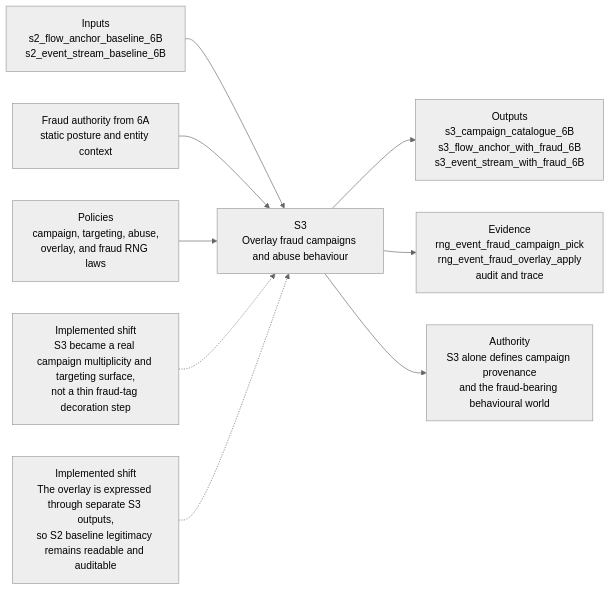
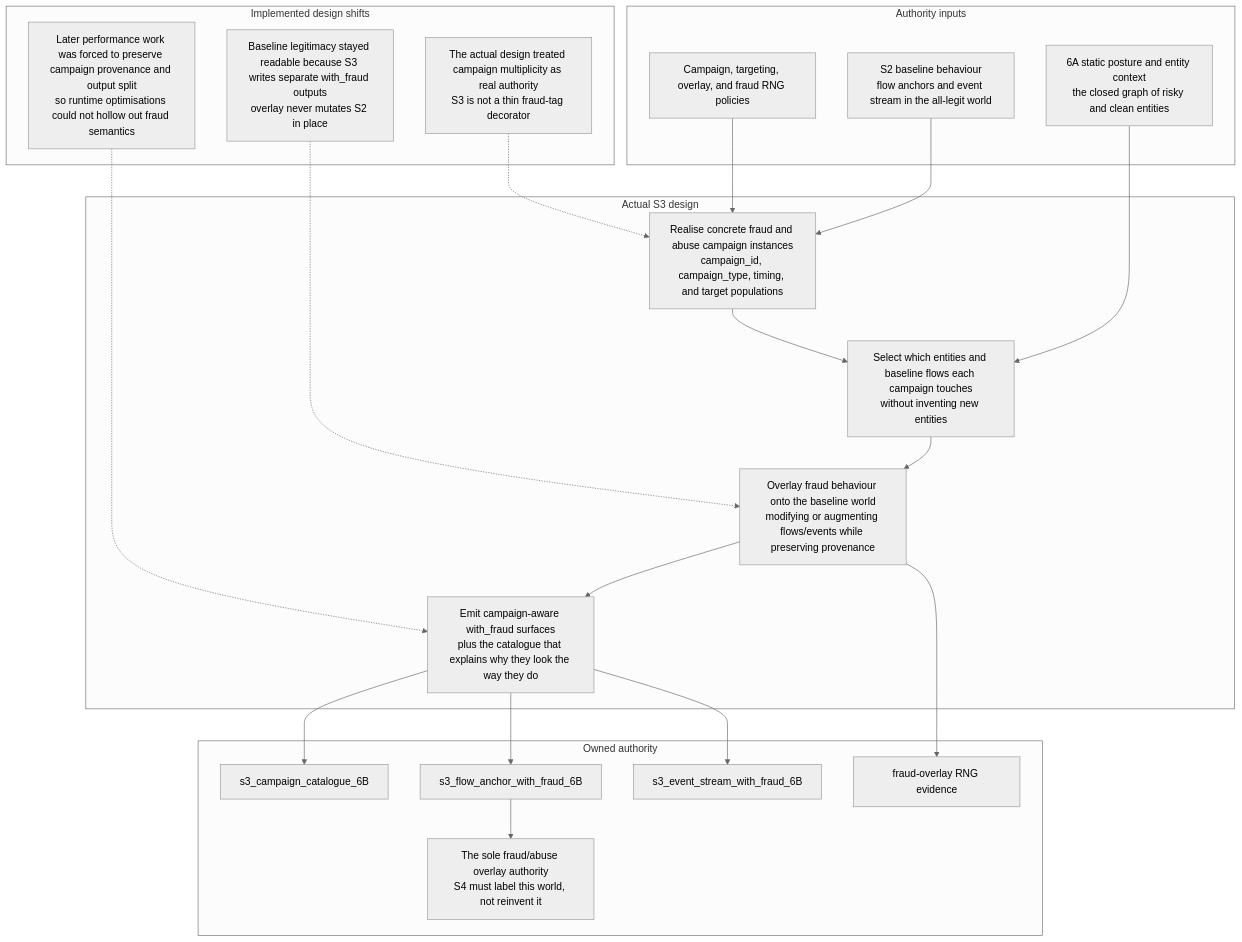
The diagram in docs/design/data-engine/layer-3/6B/6B-S3-design-flow.mmd (EsosaOrumwese/fraud-detection-system), drawn with Mermaid (neutral theme) before and after one commit. The commit also changed 23 other files, not shown here.

First line of the commit message:
Refactor design flows for layers 6A and 6B to enhance clarity and structure

```diff
--- a/docs/design/data-engine/layer-3/6B/6B-S3-design-flow.mmd
+++ b/docs/design/data-engine/layer-3/6B/6B-S3-design-flow.mmd
@@ -1,22 +1,42 @@
-flowchart LR
-  U1["Inputs<br/>s2_flow_anchor_baseline_6B<br/>s2_event_stream_baseline_6B"]
-  U2["Fraud authority from 6A<br/>static posture and entity context"]
-  U3["Policies<br/>campaign, targeting, abuse,<br/>overlay, and fraud RNG laws"]
+flowchart TD
+  subgraph inputs["Authority inputs"]
+    I1["S2 baseline behaviour<br/>flow anchors and event stream in the all-legit world"]
+    I2["6A static posture and entity context<br/>the closed graph of risky and clean entities"]
+    I3["Campaign, targeting, overlay, and fraud RNG policies"]
+  end
 
-  S3["S3<br/>Overlay fraud campaigns and abuse behaviour"]
+  subgraph core["Actual S3 design"]
+    C1["Realise concrete fraud and abuse campaign instances<br/>campaign_id, campaign_type, timing, and target populations"]
+    C2["Select which entities and baseline flows each campaign touches<br/>without inventing new entities"]
+    C3["Overlay fraud behaviour onto the baseline world<br/>modifying or augmenting flows/events while preserving provenance"]
+    C4["Emit campaign-aware with_fraud surfaces<br/>plus the catalogue that explains why they look the way they do"]
+  end
 
-  O1["Outputs<br/>s3_campaign_catalogue_6B<br/>s3_flow_anchor_with_fraud_6B<br/>s3_event_stream_with_fraud_6B"]
-  O2["Evidence<br/>rng_event_fraud_campaign_pick<br/>rng_event_fraud_overlay_apply<br/>audit and trace"]
-  O3["Authority<br/>S3 alone defines campaign provenance<br/>and the fraud-bearing behavioural world"]
+  subgraph shifts["Implemented design shifts"]
+    S1["The actual design treated campaign multiplicity as real authority<br/>S3 is not a thin fraud-tag decorator"]
+    S2["Baseline legitimacy stayed readable because S3 writes separate with_fraud outputs<br/>overlay never mutates S2 in place"]
+    S3["Later performance work was forced to preserve campaign provenance and output split<br/>so runtime optimisations could not hollow out fraud semantics"]
+  end
 
-  R1["Implemented shift<br/>S3 became a real campaign multiplicity and targeting surface,<br/>not a thin fraud-tag decoration step"]
-  R2["Implemented shift<br/>The overlay is expressed through separate S3 outputs,<br/>so S2 baseline legitimacy remains readable and auditable"]
+  subgraph outputs["Owned authority"]
+    O1["s3_campaign_catalogue_6B"]
+    O2["s3_flow_anchor_with_fraud_6B"]
+    O3["s3_event_stream_with_fraud_6B"]
+    O4["fraud-overlay RNG evidence"]
+    O5["The sole fraud/abuse overlay authority<br/>S4 must label this world, not reinvent it"]
+  end
 
-  U1 --> S3
-  U2 --> S3
-  U3 --> S3
-  S3 --> O1
-  S3 --> O2
-  S3 --> O3
-  R1 -.-> S3
-  R2 -.-> S3
+  I1 --> C1
+  I2 --> C2
+  I3 --> C1
+  C1 --> C2 --> C3 --> C4
+
+  C4 --> O1
+  C4 --> O2
+  C4 --> O3
+  C3 --> O4
+  O2 --> O5
+
+  S1 -.-> C1
+  S2 -.-> C3
+  S3 -.-> C4
```
